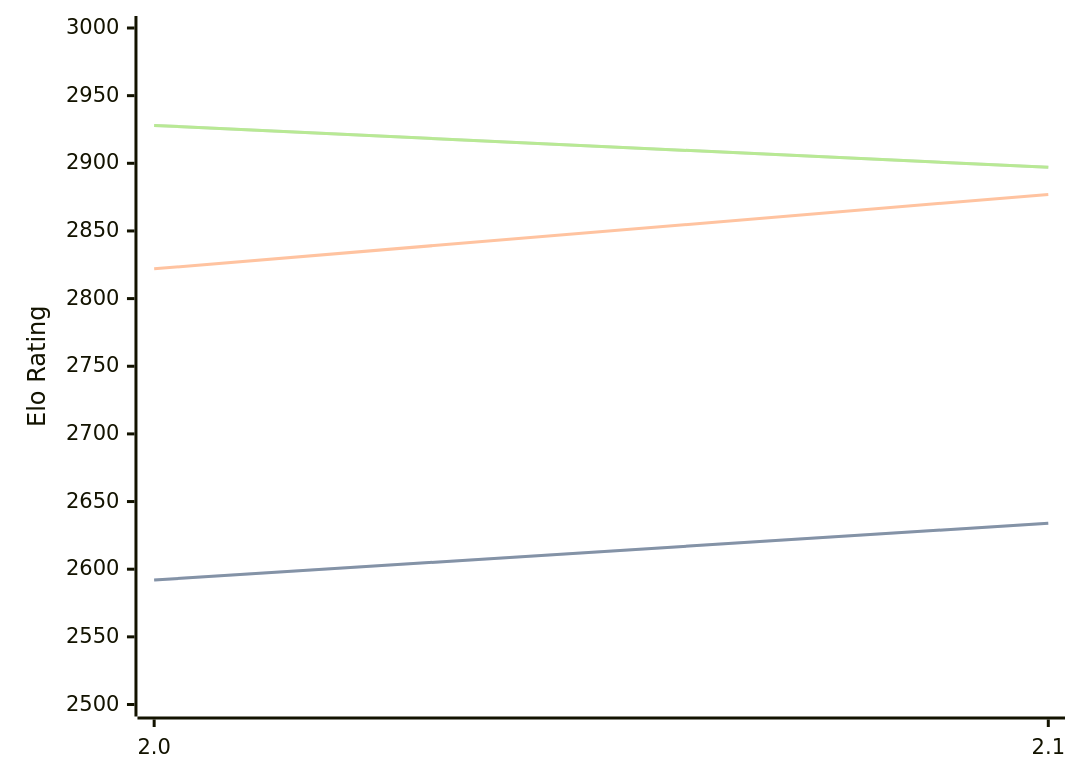
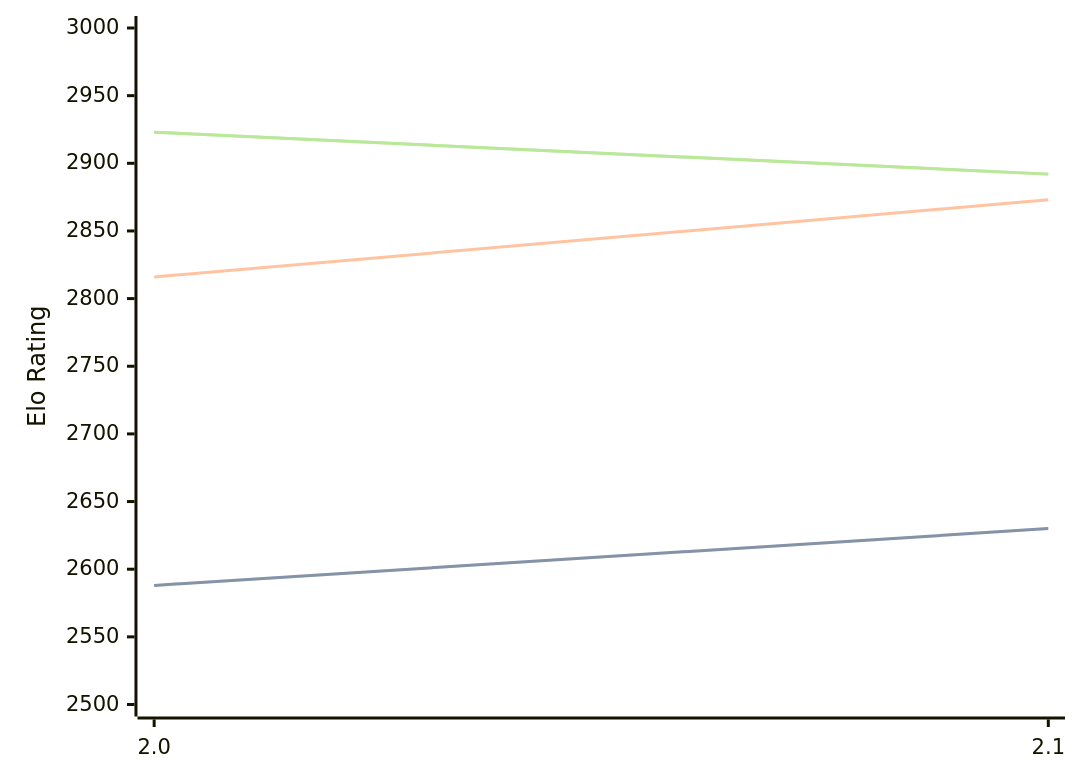
Before and after one commit to computer-chess-index/cci: the first of 3 diagrams in engines/Noggin.md, drawn with Mermaid. The commit also changed other lines of this file, not shown here.

Commit message:
Update CCI Ratings (ELO VLTC) - 2026-07-16

````diff
--- a/engines/Noggin.md
+++ b/engines/Noggin.md
@@ -33,11 +33,11 @@
 ```mermaid
 %%{init: {"theme":"base","themeVariables":{"seriesColors:['#a3a3a3','#222221','#faa371']}}}%%
 xychart-beta
   x-axis ["2.0", "2.1"]
   y-axis "Elo Rating" 2500 --> 3000
-  line "STC (8.0+0.08s)" [2592, 2634]
-  line "STC (8.0+0.08s)" [2592, 2634]
-  line "LTC (60.0+0.60s)" [2822, 2877]
-  line "VLTC (2m24s+1.12s)" [2928, 2897]
-  line "VLTC (2m24s+1.12s)" [2928, 2897]
+  line "STC (8.0+0.08s)" [2588, 2630]
+  line "STC (8.0+0.08s)" [2588, 2630]
+  line "LTC (60.0+0.60s)" [2816, 2873]
+  line "VLTC (2m24s+1.12s)" [2923, 2892]
+  line "VLTC (2m24s+1.12s)" [2923, 2892]
 ```
````
